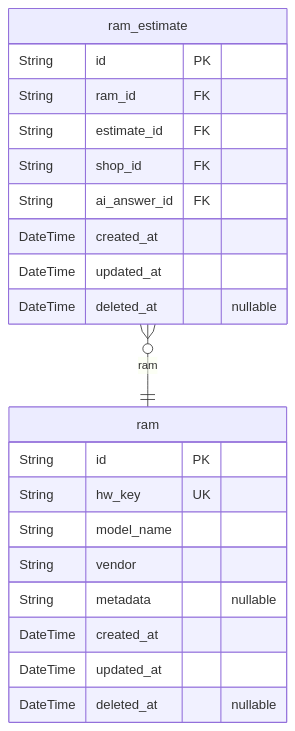
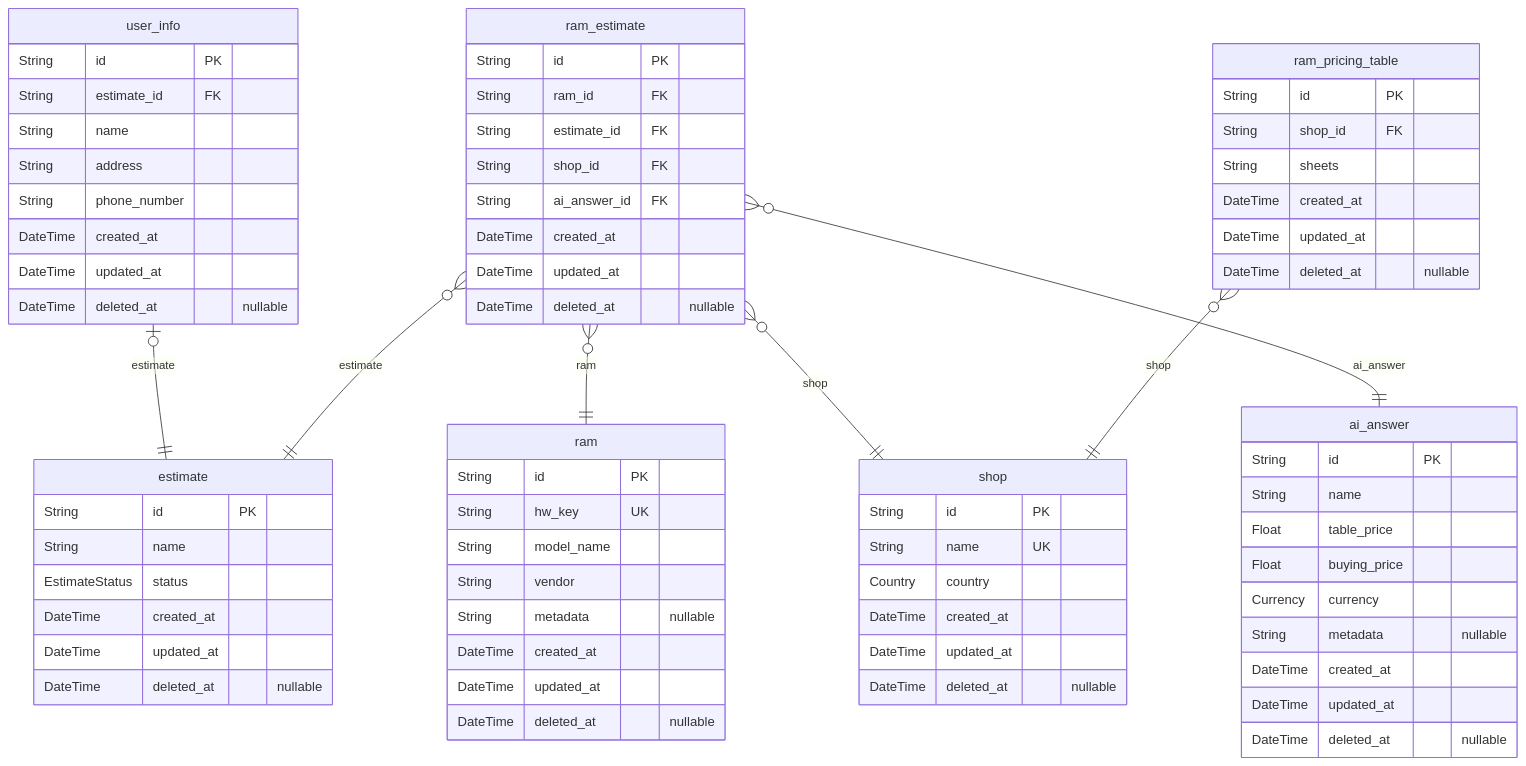
Before and after one commit to KGESH/hardware_spec_backend: the fifth of 6 diagrams in prisma/ERD.md, drawn with Mermaid. The commit also changed other lines of this file and 12 other files, not shown here.

Commit message:
[Refactor] Estimate status

````diff
--- a/prisma/ERD.md
+++ b/prisma/ERD.md
@@ -730,24 +936,74 @@
 ```mermaid
 erDiagram
+"estimate" {
+    String id PK
+    String name
+    EstimateStatus status
+    DateTime created_at
+    DateTime updated_at
+    DateTime deleted_at "nullable"
+}
+"user_info" {
+    String id PK
+    String estimate_id FK
+    String name
+    String address
+    String phone_number
+    DateTime created_at
+    DateTime updated_at
+    DateTime deleted_at "nullable"
+}
+"shop" {
+    String id PK
+    String name UK
+    Country country
+    DateTime created_at
+    DateTime updated_at
+    DateTime deleted_at "nullable"
+}
+"ai_answer" {
+    String id PK
+    String name
+    Float table_price
+    Float buying_price
+    Currency currency
+    String metadata "nullable"
+    DateTime created_at
+    DateTime updated_at
+    DateTime deleted_at "nullable"
+}
 "ram" {
     String id PK
     String hw_key UK
     String model_name
     String vendor
     String metadata "nullable"
     DateTime created_at
     DateTime updated_at
     DateTime deleted_at "nullable"
 }
 "ram_estimate" {
     String id PK
     String ram_id FK
     String estimate_id FK
     String shop_id FK
     String ai_answer_id FK
     DateTime created_at
     DateTime updated_at
     DateTime deleted_at "nullable"
 }
+"ram_pricing_table" {
+    String id PK
+    String shop_id FK
+    String sheets
+    DateTime created_at
+    DateTime updated_at
+    DateTime deleted_at "nullable"
+}
+"user_info" |o--|| "estimate" : estimate
 "ram_estimate" }o--|| "ram" : ram
+"ram_estimate" }o--|| "estimate" : estimate
+"ram_estimate" }o--|| "shop" : shop
+"ram_estimate" }o--|| "ai_answer" : ai_answer
+"ram_pricing_table" }o--|| "shop" : shop
 ```
````
